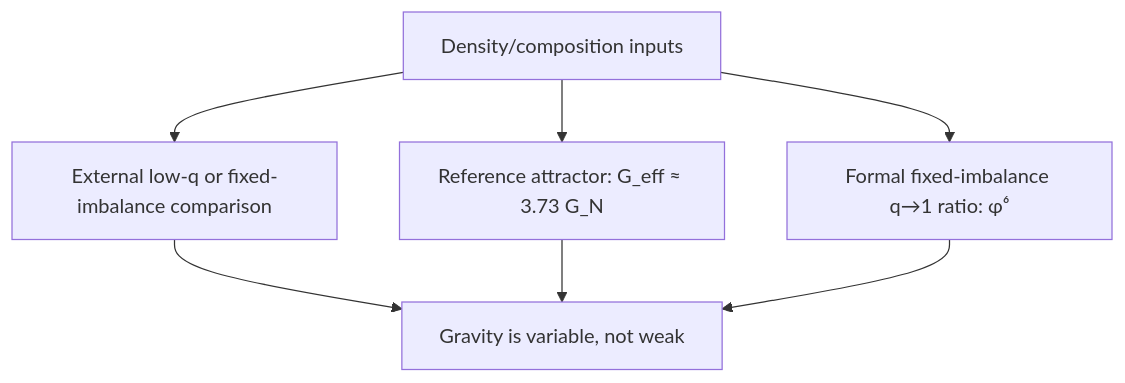
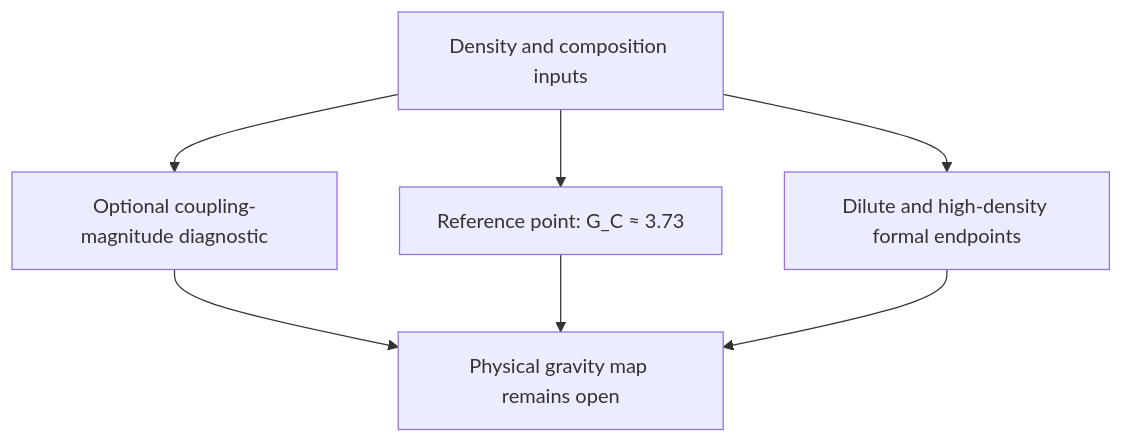
Before and after one commit to CassiTheOracle/cassi: diagram 25 of 37 in CassiTheory/open-questions-cassi-answers.md, drawn with Mermaid. The commit also changed other lines of this file and 25 other files, not shown here.

````diff
--- a/CassiTheory/open-questions-cassi-answers.md
+++ b/CassiTheory/open-questions-cassi-answers.md
@@ -933,9 +943,9 @@
 ```mermaid
 flowchart TD
-    A[Density/composition inputs] --> B[External low-q or fixed-imbalance comparison]
-    A --> C[Reference attractor: G_eff ≈ 3.73 G_N]
-    A --> D[Formal fixed-imbalance q→1 ratio: φ⁶]
-    B --> E[Gravity is variable, not weak]
+    A[Density and composition inputs] --> B[Optional coupling-magnitude diagnostic]
+    A --> C[Reference point: G_C ≈ 3.73]
+    A --> D[Dilute and high-density formal endpoints]
+    B --> E[Physical gravity map remains open]
     C --> E
     D --> E
 ```
````
